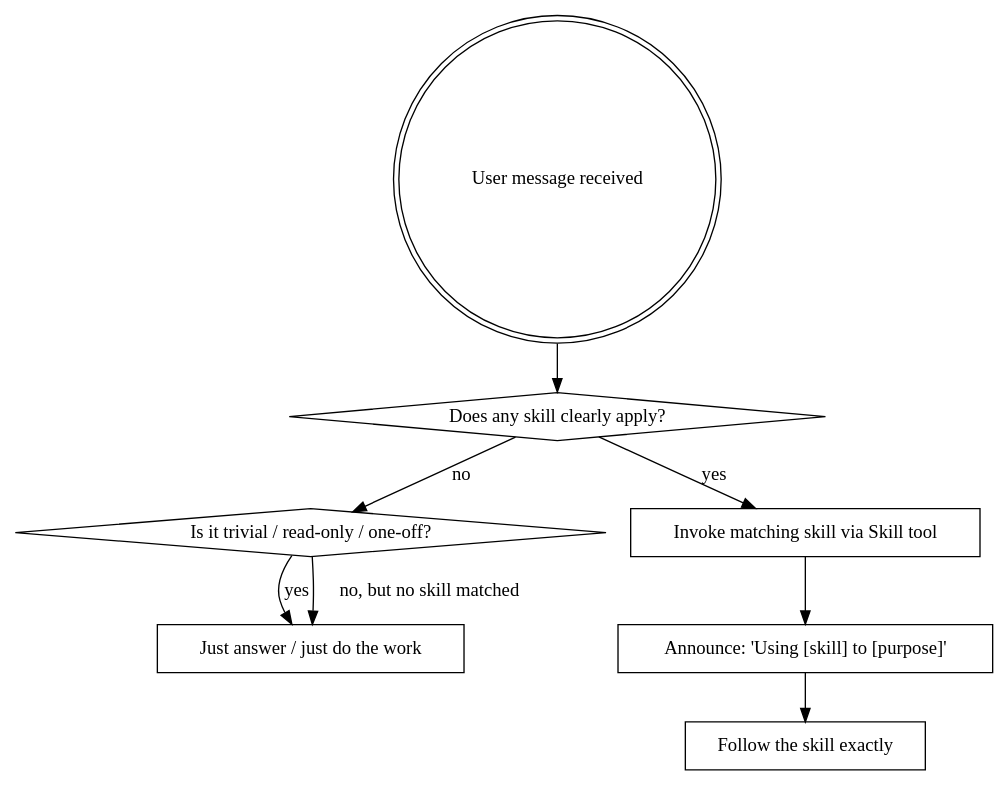
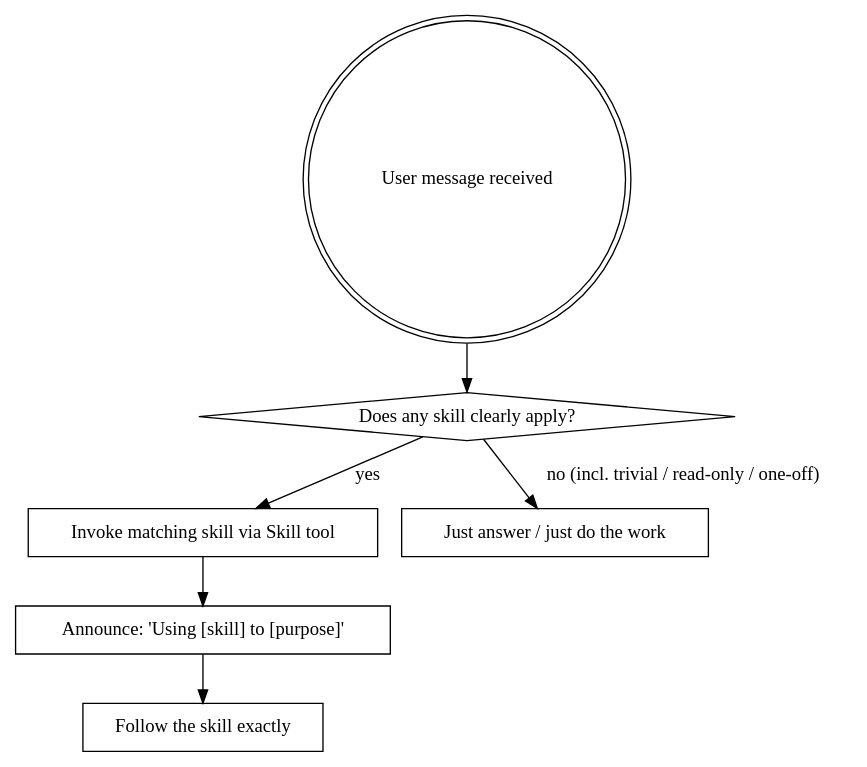
Before and after one commit to pjurczen/playbooks: the diagram in skills/using-playbooks/SKILL.md, drawn with Graphviz. The commit also changed 1 other file, not shown here.

Commit message:
docs(skills): align announce lines, trivial-tweak carve-out, and decision flow
brainstorming was the only pipeline entry point without an announce
line, and its "every project, even a config change" framing collided
with using-playbooks' skip list for one-off tweaks — now explicitly
scoped to work that entered the skill. The bootstrap decision flow had
a diamond whose branches both led to the same node; folded into one
edge.

Claude-Session: https://claude.ai/code/session_019GTfZCFKV3G9Qe49jqJYwi

````diff
--- a/skills/using-playbooks/SKILL.md
+++ b/skills/using-playbooks/SKILL.md
@@ -28,19 +28,16 @@
 ```dot
 digraph invoke_check {
     "User message received" [shape=doublecircle];
     "Does any skill clearly apply?" [shape=diamond];
-    "Is it trivial / read-only / one-off?" [shape=diamond];
     "Invoke matching skill via Skill tool" [shape=box];
     "Announce: 'Using [skill] to [purpose]'" [shape=box];
     "Just answer / just do the work" [shape=box];
     "Follow the skill exactly" [shape=box];
 
     "User message received" -> "Does any skill clearly apply?";
     "Does any skill clearly apply?" -> "Invoke matching skill via Skill tool" [label="yes"];
-    "Does any skill clearly apply?" -> "Is it trivial / read-only / one-off?" [label="no"];
-    "Is it trivial / read-only / one-off?" -> "Just answer / just do the work" [label="yes"];
-    "Is it trivial / read-only / one-off?" -> "Just answer / just do the work" [label="no, but no skill matched"];
+    "Does any skill clearly apply?" -> "Just answer / just do the work" [label="no (incl. trivial / read-only / one-off)"];
     "Invoke matching skill via Skill tool" -> "Announce: 'Using [skill] to [purpose]'";
     "Announce: 'Using [skill] to [purpose]'" -> "Follow the skill exactly";
 }
 ```
````
